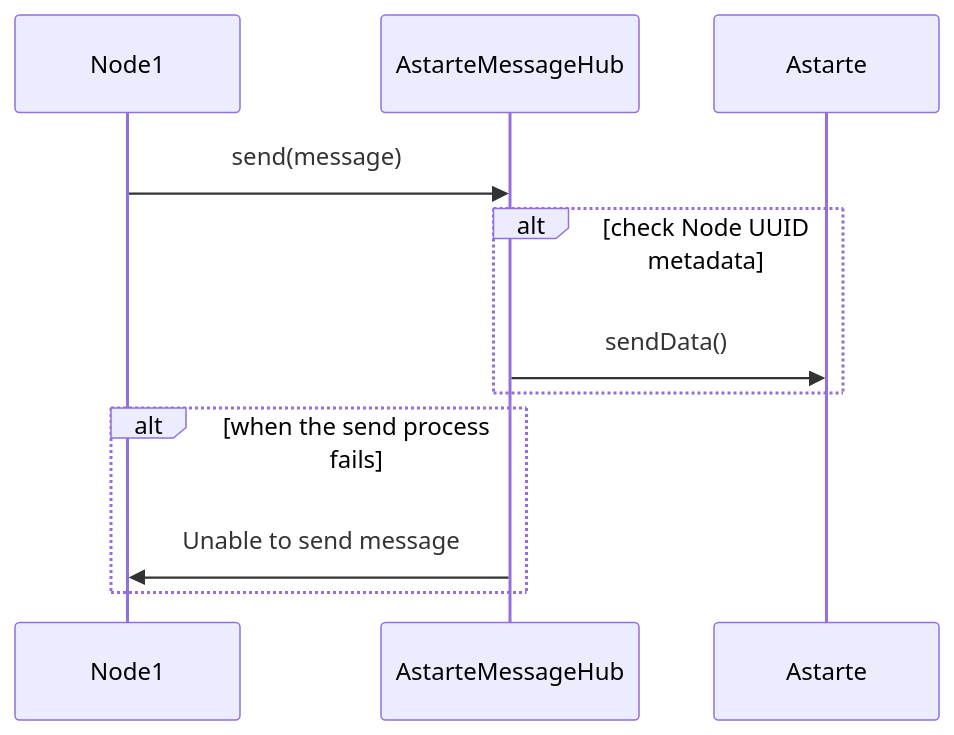
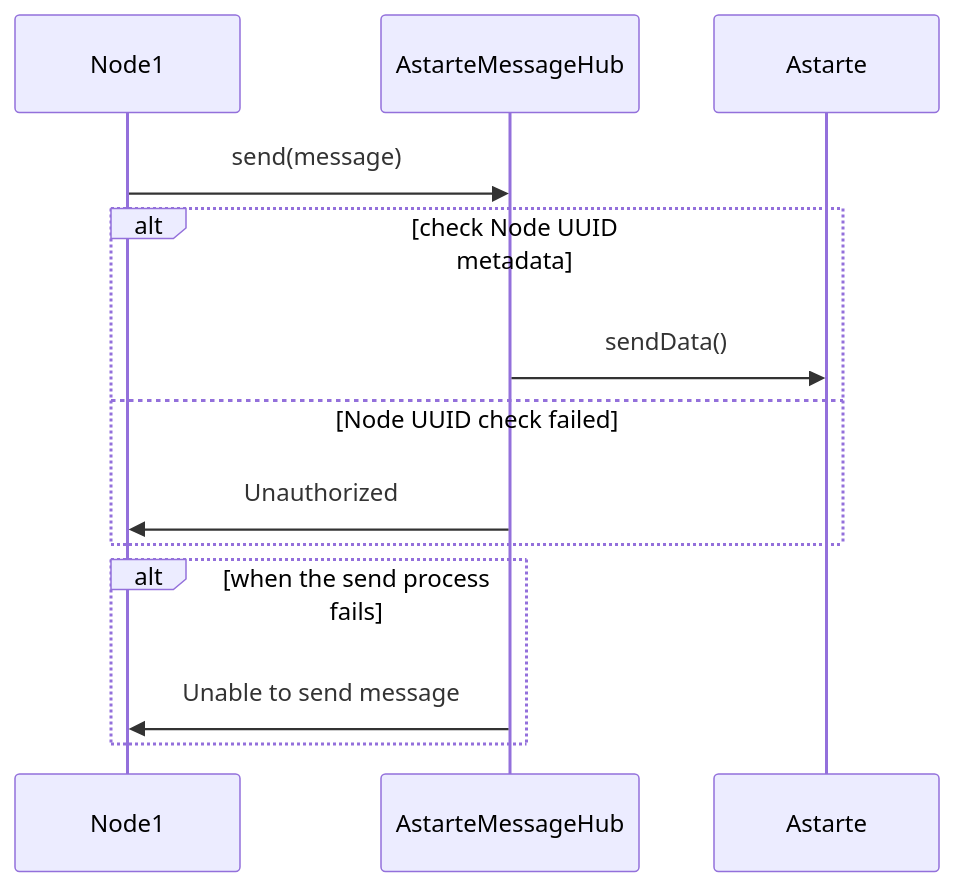
One commit to astarte-platform/astarte-message-hub changed the third of 4 diagrams in docs/ARCHITECTURE.md. Above: the diagram before and after it, drawn with Mermaid. The commit also changed other lines of this file, not shown here.

Commit message:
refactor(architecture): update architecture mermaid schemes

````diff
--- a/docs/ARCHITECTURE.md
+++ b/docs/ARCHITECTURE.md
@@ -199,14 +199,16 @@
 ```mermaid
 sequenceDiagram
     participant Node1
     participant AstarteMessageHub
     participant Astarte
     Node1->>AstarteMessageHub: send(message)
     alt check Node UUID metadata
         AstarteMessageHub ->> Astarte: sendData()
+    else Node UUID check failed
+        AstarteMessageHub ->> Node1: Unauthorized
     end
     alt when the send process fails
          AstarteMessageHub->>Node1: Unable to send message
     end
 
 ```
````
